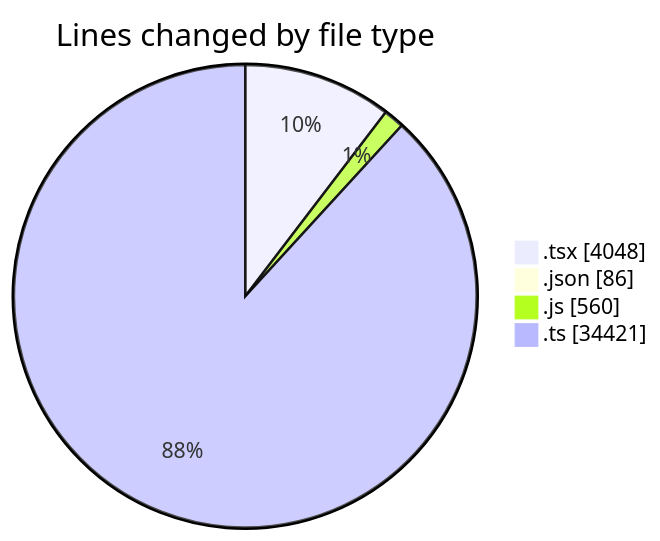
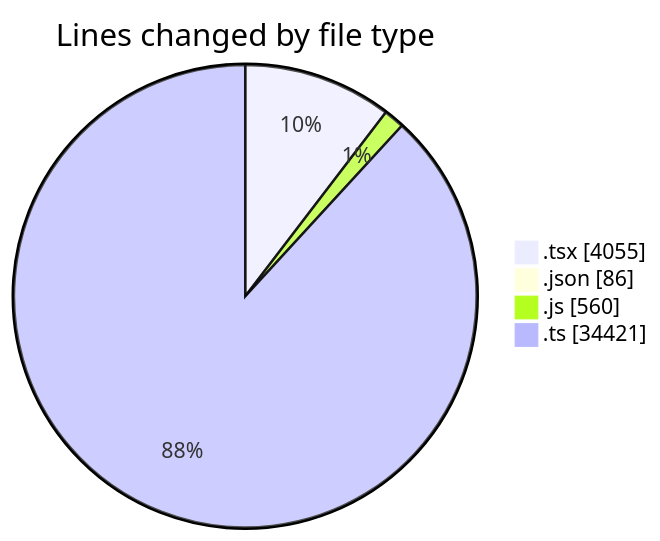
Before and after one commit to momahboobian/code-tracking: the first of 2 diagrams in 2025-11-10/cda/README.md, drawn with Mermaid. The commit also changed other lines of this file and 1 other file, not shown here.

````diff
--- a/2025-11-10/cda/README.md
+++ b/2025-11-10/cda/README.md
@@ -40,8 +40,8 @@
 ```mermaid
 pie showData
 title Lines changed by file type
-".tsx" : 4048
+".tsx" : 4055
 ".json" : 86
 ".js" : 560
 ".ts" : 34421
 ```
````
